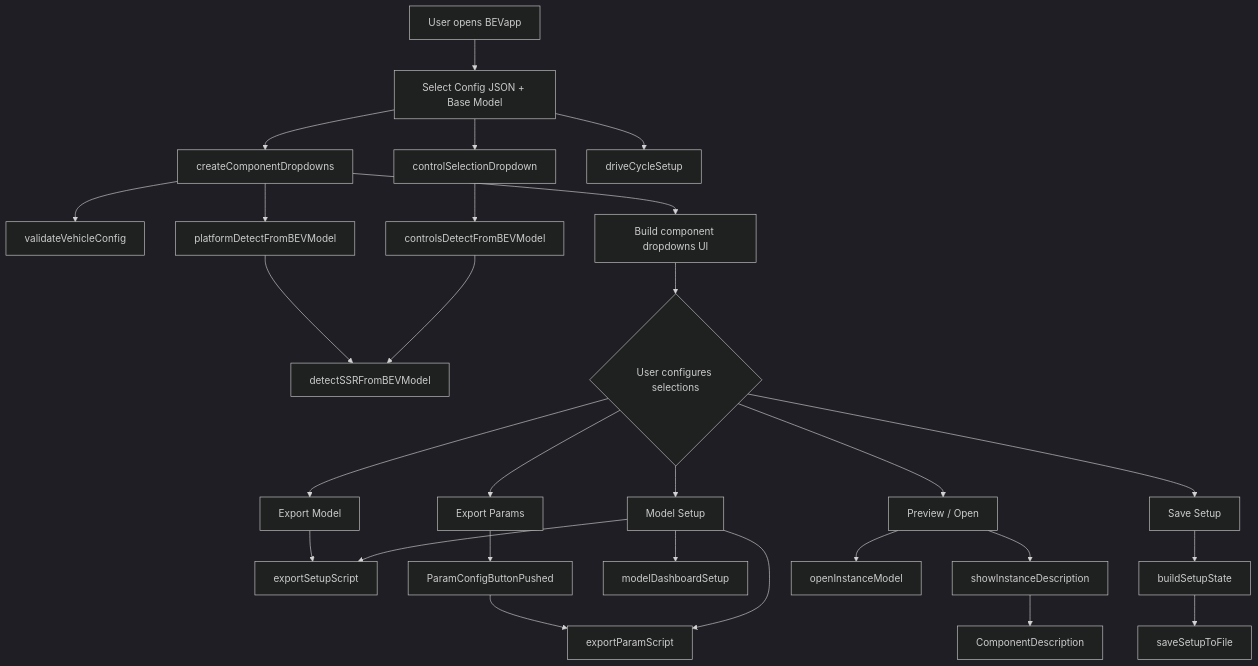
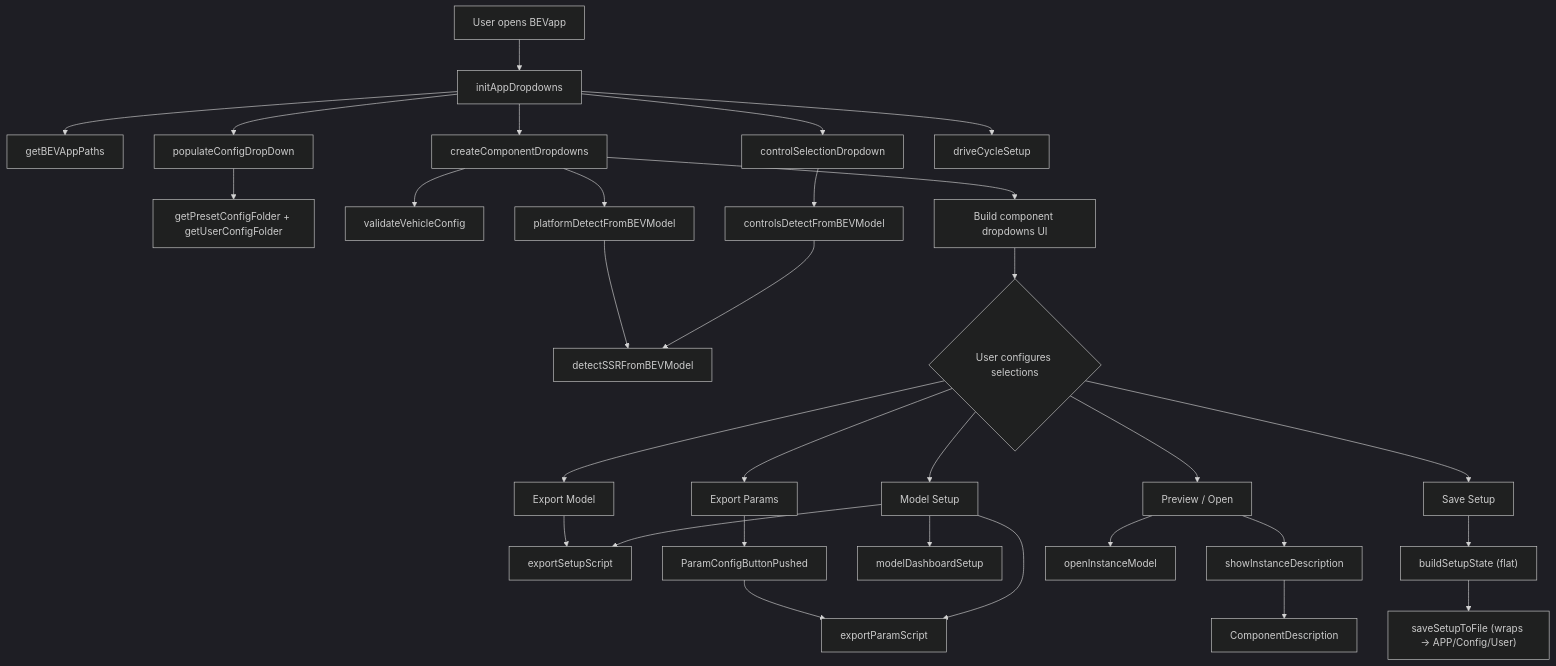
The diagram in APP/API/README.md (simscape/Electric-Vehicle-Simscape), drawn with Mermaid (dark theme) before and after one commit. The commit also changed other lines of this file and 57 other files, not shown here.

Commit message:
config json folder restructure and save setup mechanism

````diff
--- a/APP/API/README.md
+++ b/APP/API/README.md
@@ -91,36 +94,40 @@
 ```mermaid
 flowchart TD
-    A[User opens BEVapp] --> B[Select Config JSON + Base Model]
+    A[User opens BEVapp] --> B[initAppDropdowns]
+    B --> B1[getBEVAppPaths]
+    B --> B2[populateConfigDropDown]
+    B2 --> B3[getPresetConfigFolder + getUserConfigFolder]
+
     B --> C[createComponentDropdowns]
     C --> D[validateVehicleConfig]
     C --> E[platformDetectFromBEVModel]
     E --> F[detectSSRFromBEVModel]
     C --> G[Build component dropdowns UI]
 
     B --> H[controlSelectionDropdown]
     H --> I[controlsDetectFromBEVModel]
     I --> F
 
     B --> J[driveCycleSetup]
 
     G --> K{User configures selections}
     K --> L[Export Model]
     K --> M[Export Params]
     K --> N[Model Setup]
 
     L --> O[exportSetupScript]
     M --> P[ParamConfigButtonPushed]
     P --> Q[exportParamScript]
     N --> O
     N --> Q
     N --> R[modelDashboardSetup]
 
     K --> S["Preview / Open"]
     S --> T[showInstanceDescription]
     S --> U[openInstanceModel]
     T --> V[ComponentDescription]
 
     K --> W[Save Setup]
-    W --> X[buildSetupState]
-    X --> Y[saveSetupToFile]
+    W --> X["buildSetupState (flat)"]
+    X --> Y["saveSetupToFile (wraps → APP/Config/User)"]
 ```
````
